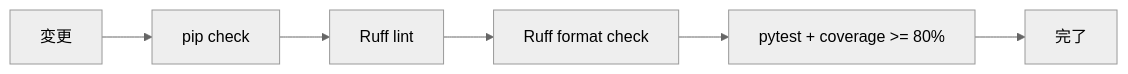
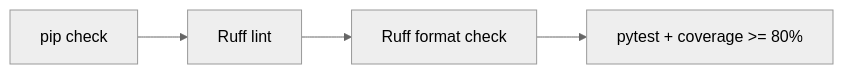
Before and after one commit to k-systems202208/python-sqlite-tailscale-webapp-template: the third of 4 diagrams in GETTING-STARTED.md, drawn with Mermaid (neutral theme). The commit also changed other lines of this file and 26 other files, not shown here.

````diff
--- a/GETTING-STARTED.md
+++ b/GETTING-STARTED.md
@@ -317,8 +246,6 @@
 ```mermaid
 flowchart LR
-    A["変更"] --> B["pip check"]
-    B --> C["Ruff lint"]
-    C --> D["Ruff format check"]
-    D --> E["pytest + coverage >= 80%"]
-    E --> F["完了"]
+    A["pip check"] --> B["Ruff lint"]
+    B --> C["Ruff format check"]
+    C --> D["pytest + coverage >= 80%"]
 ```
````
